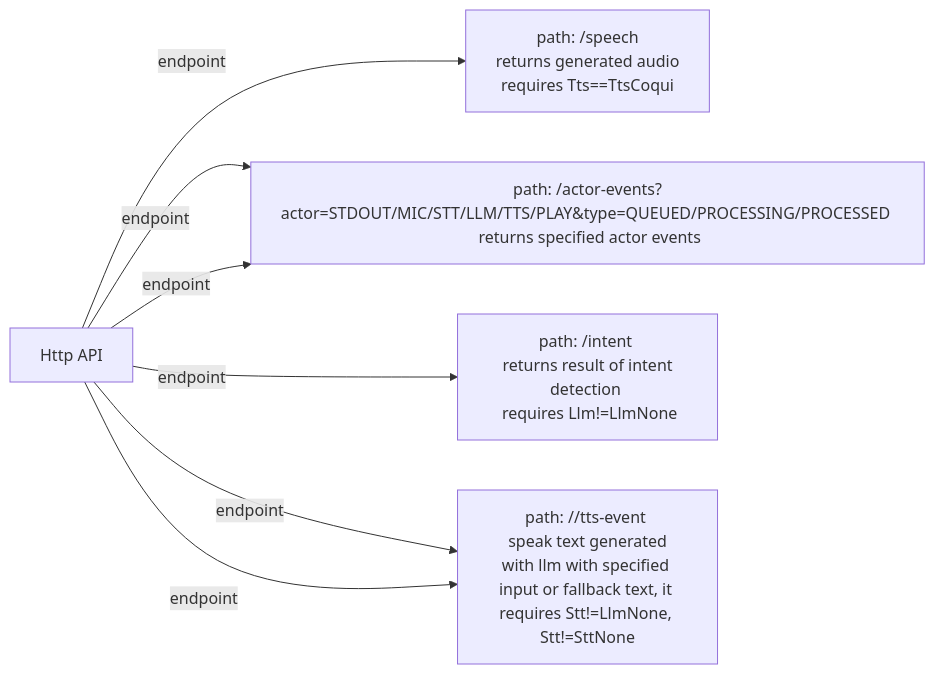
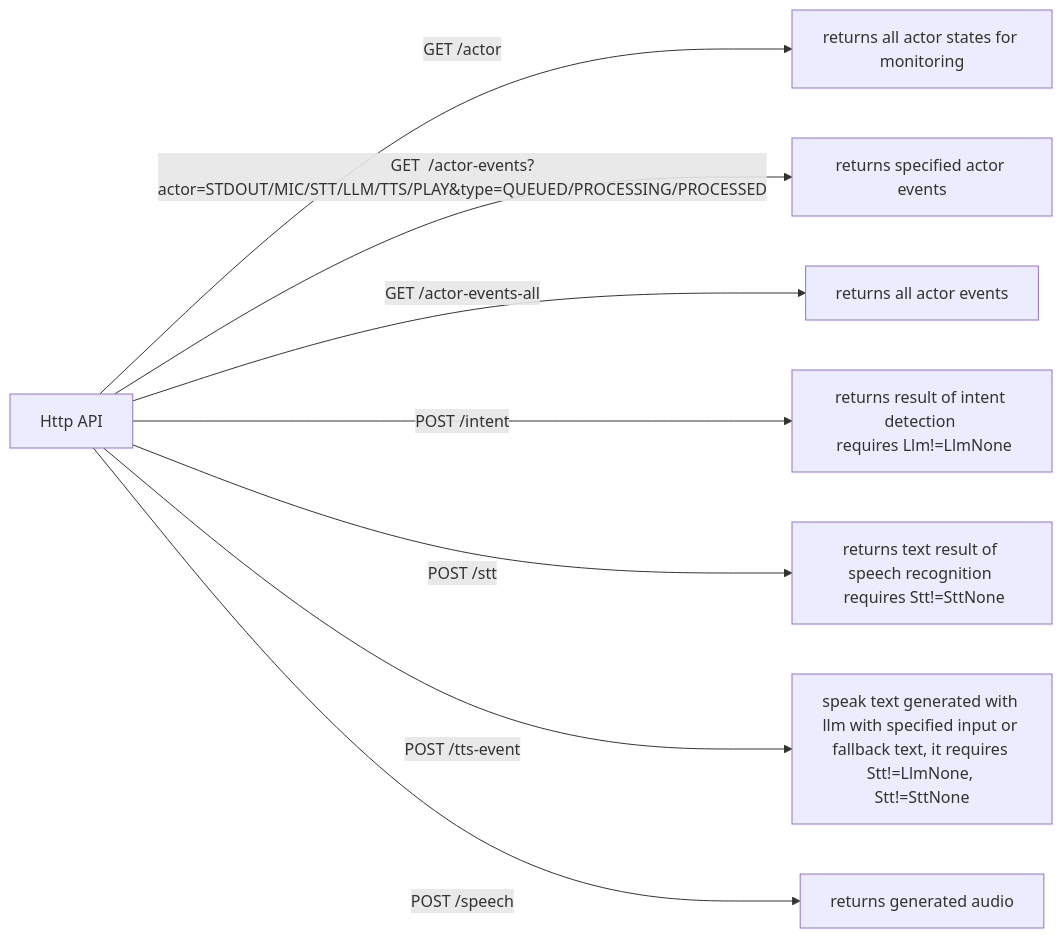
One commit to sghpjuikit/player changed the seventh of 7 diagrams in app/speech-recognition-whisper/README.md. Above: the diagram before and after it, drawn with Mermaid. The commit also changed other lines of this file, not shown here.

````diff
--- a/app/speech-recognition-whisper/README.md
+++ b/app/speech-recognition-whisper/README.md
@@ -138,10 +136,11 @@
 ```mermaid
 flowchart LR
   HTTP[Http API]
-  HTTP -->|endpoint| HTTP1[path: /speech \n returns generated audio \n requires Tts==TtsCoqui]
-  HTTP -->|endpoint| HTTP2[path: /actor \n returns all actor states for monitoring]
-  HTTP -->|endpoint| HTTP2[path: /actor-events?actor=STDOUT/MIC/STT/LLM/TTS/PLAY&type=QUEUED/PROCESSING/PROCESSED \n returns specified actor events]
-  HTTP -->|endpoint| HTTP3[path: /intent \n returns result of intent detection \n requires Llm!=LlmNone]
-  HTTP -->|endpoint| HTTP4[path: /stt \n returns text result of speech recognition \n requires Stt!=SttNone]
-  HTTP -->|endpoint| HTTP4[path: //tts-event \n speak text generated with llm with specified input or fallback text, it requires Stt!=LlmNone, Stt!=SttNone]
+  HTTP -->|GET  /actor| HTTP2[returns all actor states for monitoring]
+  HTTP -->|GET  /actor-events?actor=STDOUT/MIC/STT/LLM/TTS/PLAY&type=QUEUED/PROCESSING/PROCESSED| HTTP3[returns specified actor events]
+  HTTP -->|GET  /actor-events-all| HTTP4[returns all actor events]
+  HTTP -->|POST /intent| HTTP5[returns result of intent detection \n requires Llm!=LlmNone]
+  HTTP -->|POST /stt| HTTP6[returns text result of speech recognition \n requires Stt!=SttNone]
+  HTTP -->|POST /tts-event| HTTP7[speak text generated with llm with specified input or fallback text, it requires Stt!=LlmNone, Stt!=SttNone]
+  HTTP -->|POST /speech| HTTP1[returns generated audio]
 ```
````
